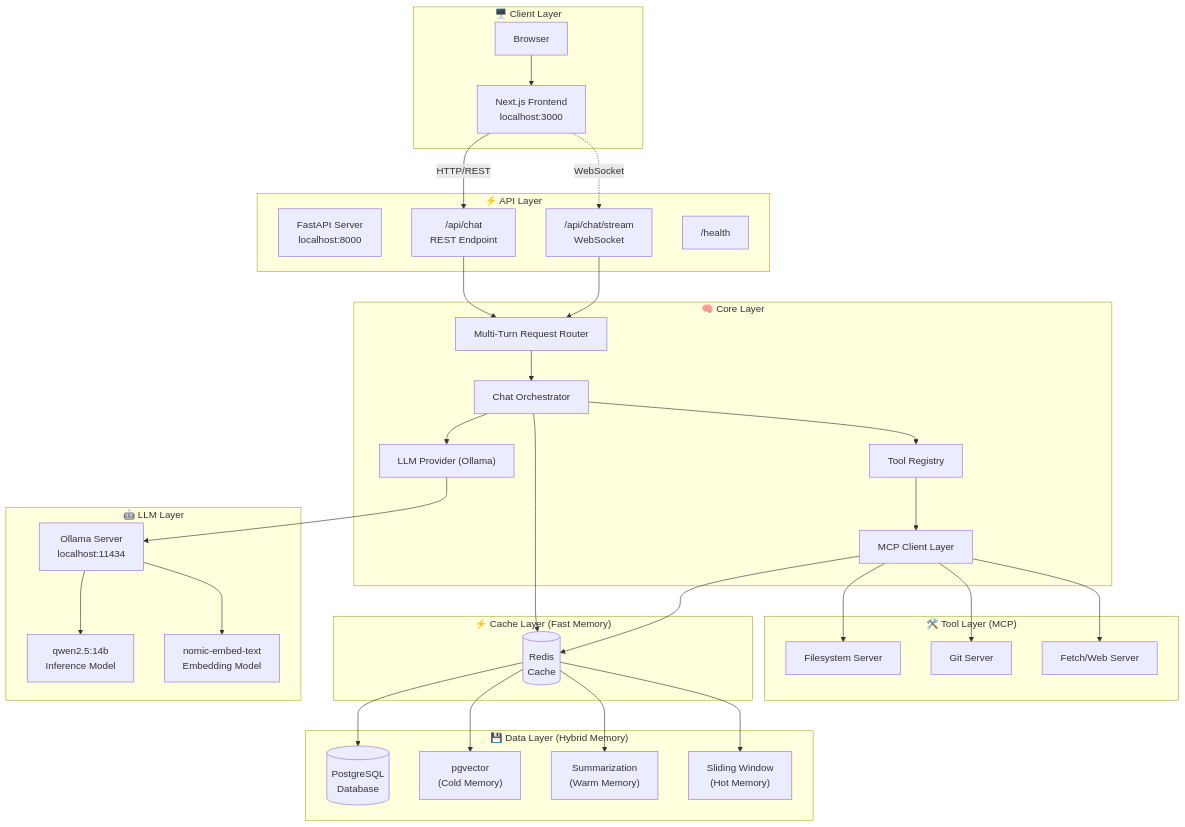
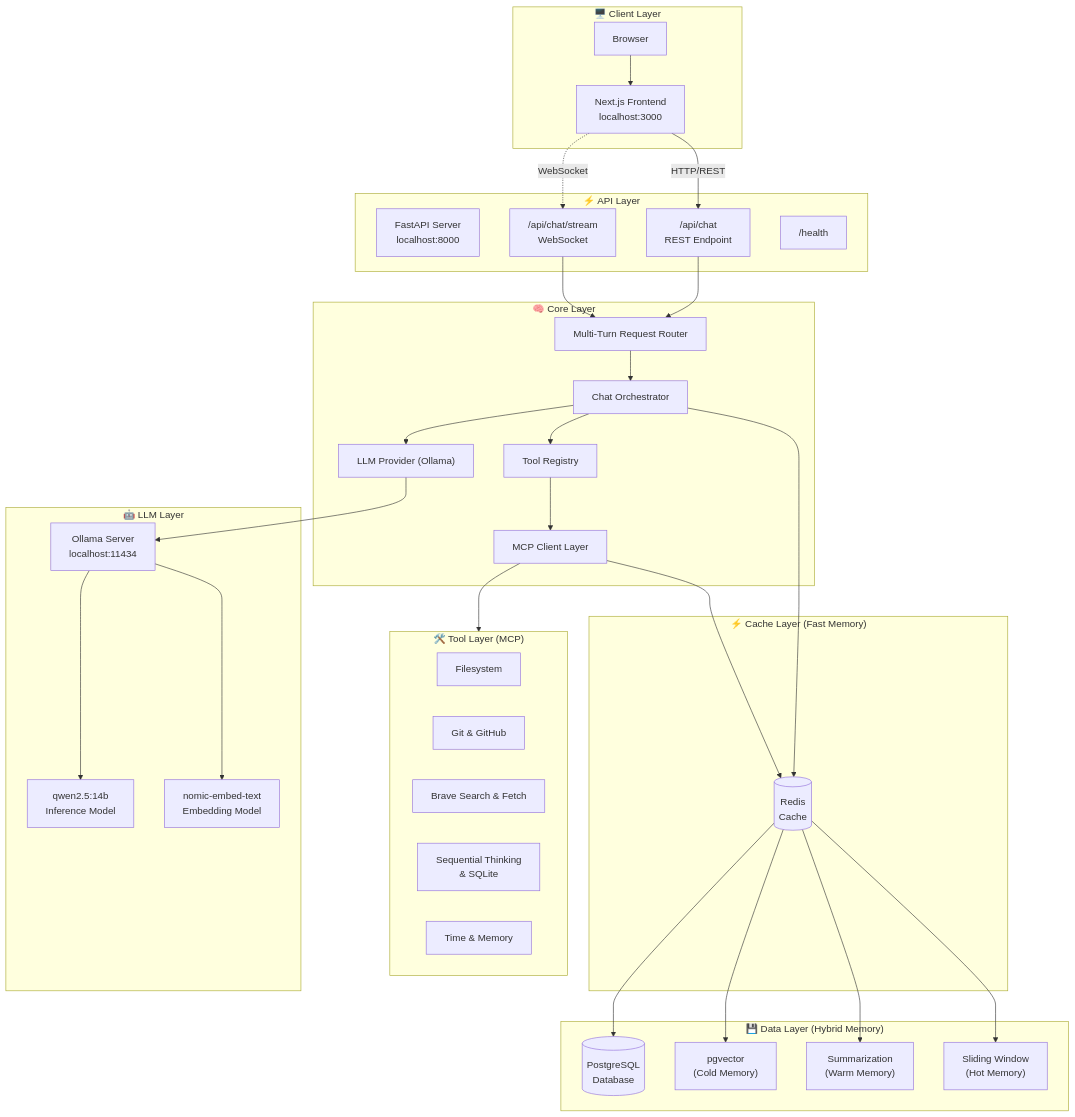
Before and after one commit to Manthya/chatbot-ai-systems-production: the diagram in README.md, drawn with Mermaid. The commit also changed other lines of this file and 7 other files, not shown here.

````diff
--- a/README.md
+++ b/README.md
@@ -81,67 +86,67 @@
 ```mermaid
 flowchart TB
     subgraph Client["🖥️ Client Layer"]
         Browser["Browser"]
         UI["Next.js Frontend<br/>localhost:3000"]
     end
     
     subgraph API["⚡ API Layer"]
         FastAPI["FastAPI Server<br/>localhost:8000"]
         REST["/api/chat<br/>REST Endpoint"]
         WS["/api/chat/stream<br/>WebSocket"]
         Health["/health"]
     end
     
     subgraph Core["🧠 Core Layer"]
         Router["Multi-Turn Request Router"]
         Provider["LLM Provider (Ollama)"]
         Registry["Tool Registry"]
         MCPClient["MCP Client Layer"]
         Orchestrator["Chat Orchestrator"]
     end
 
     subgraph Data["💾 Data Layer (Hybrid Memory)"]
         DB[(PostgreSQL\nDatabase)]
         Vector["pgvector\n(Cold Memory)"]
         Summary["Summarization\n(Warm Memory)"]
         Window["Sliding Window\n(Hot Memory)"]
     end
     
     subgraph Tools["🛠️ Tool Layer (MCP)"]
-        FS["Filesystem Server"]
-        Git["Git Server"]
-        Fetch["Fetch/Web Server"]
+        FS["Filesystem"]
+        Git["Git & GitHub"]
+        Web["Brave Search & Fetch"]
+        Brain["Sequential Thinking\n& SQLite"]
+        Time["Time & Memory"]
     end
 
     subgraph Cache["⚡ Cache Layer (Fast Memory)"]
         Redis[(Redis\nCache)]
     end
     
     subgraph LLM["🤖 LLM Layer"]
         Ollama["Ollama Server<br/>localhost:11434"]
         Inference["qwen2.5:14b<br/>Inference Model"]
         Embed["nomic-embed-text<br/>Embedding Model"]
     end
     
     Browser --> UI
     UI -->|HTTP/REST| REST
     UI -.->|WebSocket| WS
     REST --> Router
     WS --> Router
     Router --> Orchestrator
     Orchestrator --> Provider
     Orchestrator --> Registry
     Orchestrator --> Redis
     Redis --> DB
     Redis --> Vector
     Redis --> Summary
     Redis --> Window
     Provider --> Ollama
     Ollama --> Inference
     Ollama --> Embed
     Registry --> MCPClient
     MCPClient --> Redis
-    MCPClient --> FS
-    MCPClient --> Git
-    MCPClient --> Fetch
+    MCPClient --> Tools
 ```
````
